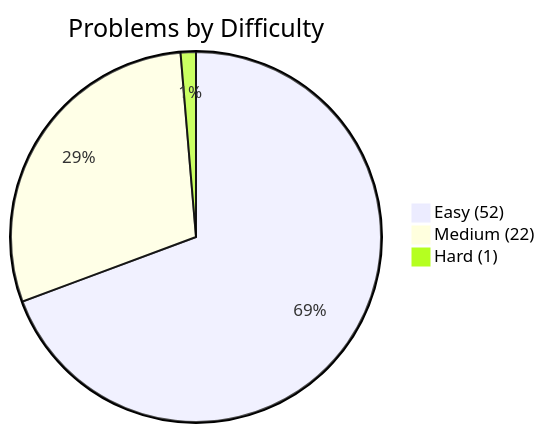
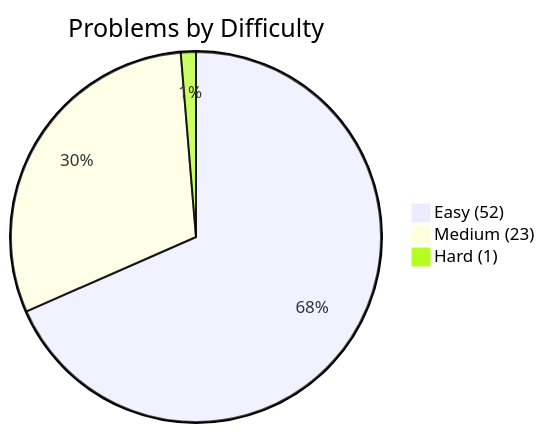
The first of 2 diagrams in PROGRESS.md (kanishk-procoder/leetcode-grind), drawn with Mermaid before and after one commit. The commit also changed other lines of this file and 4 other files, not shown here.

````diff
--- a/PROGRESS.md
+++ b/PROGRESS.md
@@ -5,6 +5,6 @@
 ```mermaid
 pie title Problems by Difficulty
     "Easy (52)" : 52
-    "Medium (22)" : 22
+    "Medium (23)" : 23
     "Hard (1)" : 1
 ```
````
